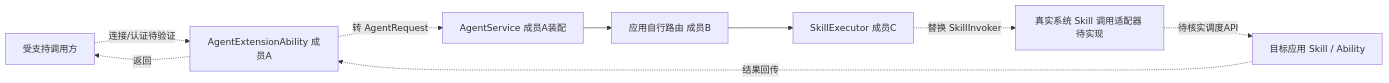
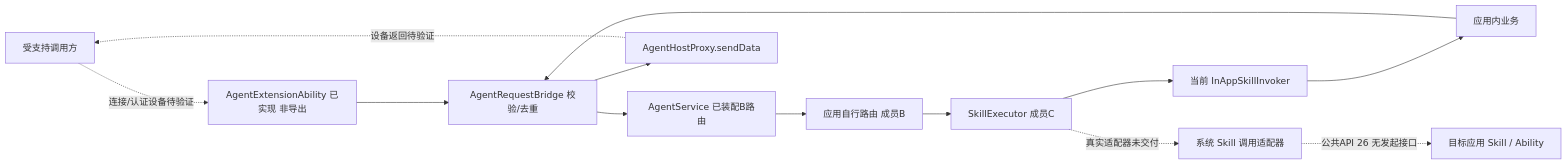
The third of 4 diagrams in docs/architecture.md (yaorz26/skill-for-harmony-G1-M1), drawn with Mermaid before and after one commit. The commit also changed other lines of this file and 36 other files, not shown here.

````diff
--- a/docs/architecture.md
+++ b/docs/architecture.md
@@ -43,11 +43,15 @@
 ```mermaid
 flowchart LR
-    Client[受支持调用方] -.连接/认证待验证.-> Extension[AgentExtensionAbility 成员A]
-    Extension -.转 AgentRequest.-> Agent[AgentService 成员A装配]
+    Client[受支持调用方] -.连接/认证设备待验证.-> Extension[AgentExtensionAbility 已实现 非导出]
+    Extension --> Bridge[AgentRequestBridge 校验/去重]
+    Bridge --> Agent[AgentService 已装配B路由]
     Agent --> Routing[应用自行路由 成员B]
     Routing --> Executor[SkillExecutor 成员C]
-    Executor -.替换 SkillInvoker.-> System[真实系统 Skill 调用适配器 待实现]
-    System -.待核实调度API.-> Target[目标应用 Skill / Ability]
-    Target -.结果回传.-> Extension
-    Extension -.返回.-> Client
+    Executor --> InApp[当前 InAppSkillInvoker]
+    InApp --> Business[应用内业务]
+    Business --> Bridge
+    Bridge --> Proxy[AgentHostProxy.sendData]
+    Proxy -.设备返回待验证.-> Client
+    Executor -.真实适配器未交付.-> System[系统 Skill 调用适配器]
+    System -.公共API 26 无发起接口.-> Target[目标应用 Skill / Ability]
 ```
````
